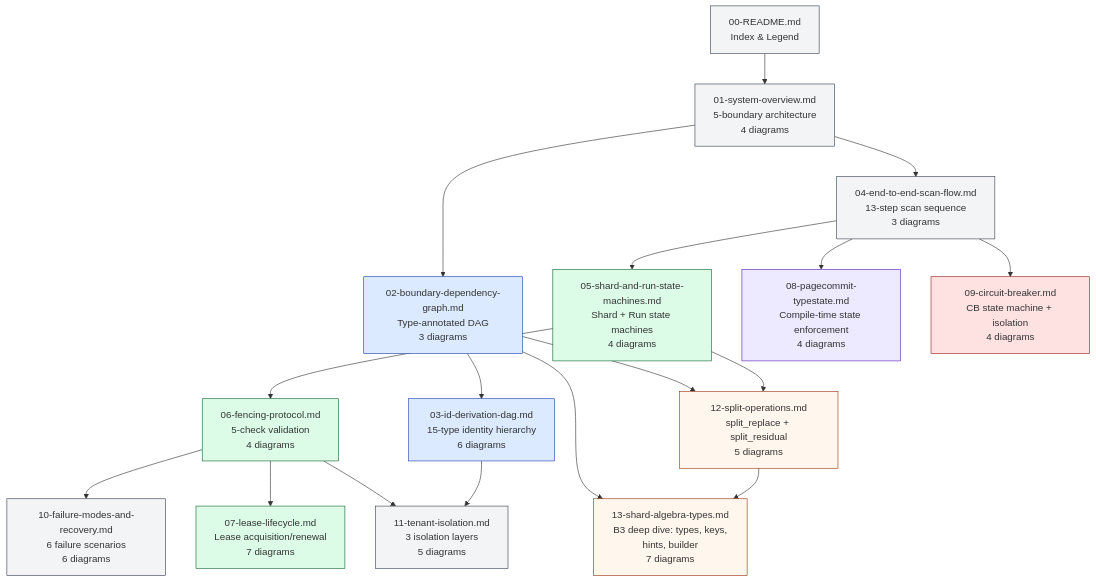
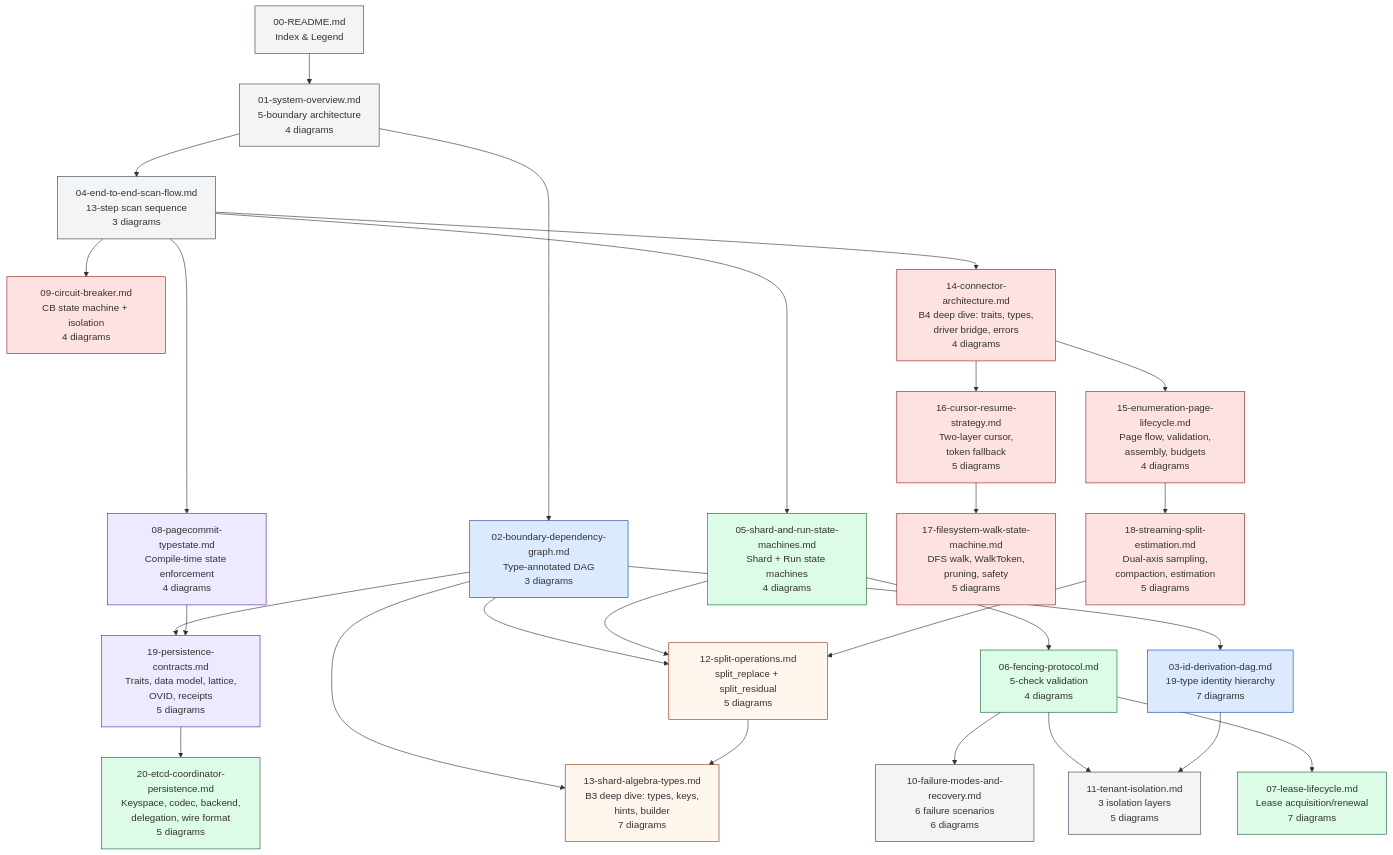
Before and after one commit to ahrav/Gossip-rs: the diagram in diagrams/00-README.md, drawn with Mermaid. The commit also changed other lines of this file and 29 other files, not shown here.

First line of the commit message:
Update diagram directory inventory and diagram counts

````diff
--- a/diagrams/00-README.md
+++ b/diagrams/00-README.md
@@ -32,53 +32,76 @@
 ```mermaid
 %% Diagram: file-relationship-map
 graph TD
     R[00-README.md<br/>Index & Legend]
 
     SO[01-system-overview.md<br/>5-boundary architecture<br/>4 diagrams]
     BD[02-boundary-dependency-graph.md<br/>Type-annotated DAG<br/>3 diagrams]
-    ID[03-id-derivation-dag.md<br/>15-type identity hierarchy<br/>6 diagrams]
+    ID[03-id-derivation-dag.md<br/>19-type identity hierarchy<br/>7 diagrams]
     E2E[04-end-to-end-scan-flow.md<br/>13-step scan sequence<br/>3 diagrams]
 
     SM[05-shard-and-run-state-machines.md<br/>Shard + Run state machines<br/>4 diagrams]
     FP[06-fencing-protocol.md<br/>5-check validation<br/>4 diagrams]
     LL[07-lease-lifecycle.md<br/>Lease acquisition/renewal<br/>7 diagrams]
     PC[08-pagecommit-typestate.md<br/>Compile-time state enforcement<br/>4 diagrams]
     CB[09-circuit-breaker.md<br/>CB state machine + isolation<br/>4 diagrams]
 
     FM[10-failure-modes-and-recovery.md<br/>6 failure scenarios<br/>6 diagrams]
     TI[11-tenant-isolation.md<br/>3 isolation layers<br/>5 diagrams]
     SP[12-split-operations.md<br/>split_replace + split_residual<br/>5 diagrams]
     SA[13-shard-algebra-types.md<br/>B3 deep dive: types, keys,<br/>hints, builder<br/>7 diagrams]
+    CA[14-connector-architecture.md<br/>B4 deep dive: traits, types,<br/>driver bridge, errors<br/>4 diagrams]
+    PL[15-enumeration-page-lifecycle.md<br/>Page flow, validation,<br/>assembly, budgets<br/>4 diagrams]
+    CR[16-cursor-resume-strategy.md<br/>Two-layer cursor,<br/>token fallback<br/>5 diagrams]
+    FW[17-filesystem-walk-state-machine.md<br/>DFS walk, WalkToken,<br/>pruning, safety<br/>5 diagrams]
+    SE[18-streaming-split-estimation.md<br/>Dual-axis sampling,<br/>compaction, estimation<br/>5 diagrams]
+    PCC[19-persistence-contracts.md<br/>Traits, data model, lattice,<br/>OVID, receipts<br/>5 diagrams]
+    ECP[20-etcd-coordinator-persistence.md<br/>Keyspace, codec, backend,<br/>delegation, wire format<br/>5 diagrams]
 
     R --> SO
     SO --> BD
     SO --> E2E
     BD --> ID
     BD --> SP
     E2E --> SM
     SM --> FP
     FP --> LL
     E2E --> PC
     E2E --> CB
     SM --> SP
     FP --> FM
     FP --> TI
     ID --> TI
     BD --> SA
     SP --> SA
+    E2E --> CA
+    CA --> PL
+    CA --> CR
+    CR --> FW
+    PL --> SE
+    SE --> SP
+    BD --> PCC
+    PCC --> ECP
+    PC --> PCC
 
     style R fill:#F3F4F6,stroke:#374151
     style SO fill:#F3F4F6,stroke:#374151
     style BD fill:#DBEAFE,stroke:#1E40AF
     style ID fill:#DBEAFE,stroke:#1E40AF
     style E2E fill:#F3F4F6,stroke:#374151
     style SM fill:#DCFCE7,stroke:#166534
     style FP fill:#DCFCE7,stroke:#166534
     style LL fill:#DCFCE7,stroke:#166534
     style PC fill:#EDE9FE,stroke:#5B21B6
     style CB fill:#FEE2E2,stroke:#991B1B
     style FM fill:#F3F4F6,stroke:#374151
     style TI fill:#F3F4F6,stroke:#374151
     style SP fill:#FFF7ED,stroke:#9A3412
     style SA fill:#FFF7ED,stroke:#9A3412
+    style CA fill:#FEE2E2,stroke:#991B1B
+    style PL fill:#FEE2E2,stroke:#991B1B
+    style CR fill:#FEE2E2,stroke:#991B1B
+    style FW fill:#FEE2E2,stroke:#991B1B
+    style SE fill:#FEE2E2,stroke:#991B1B
+    style PCC fill:#EDE9FE,stroke:#5B21B6
+    style ECP fill:#DCFCE7,stroke:#166534
 ```
````
